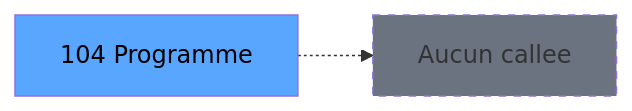
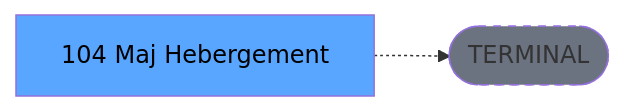
One commit to thonyAGP/lecteur-magic changed the third of 3 diagrams in .openspec/specs/ADH-IDE-104.md. Above: the diagram before and after it, drawn with Mermaid. The commit also changed other lines of this file and 701 other files, not shown here.

````diff
--- a/.openspec/specs/ADH-IDE-104.md
+++ b/.openspec/specs/ADH-IDE-104.md
@@ -142,8 +135,8 @@
 ```mermaid
 graph LR
-    T[104 Programme]
-    NONE[Aucun callee]
-    T -.-> NONE
+    T[104 Maj Hebergement]
+    TERM([TERMINAL])
+    T -.-> TERM
+    style TERM fill:#6b7280,stroke-dasharray: 5 5
     style T fill:#58a6ff,color:#000
-    style NONE fill:#6b7280,stroke-dasharray: 5 5
 ```
````
